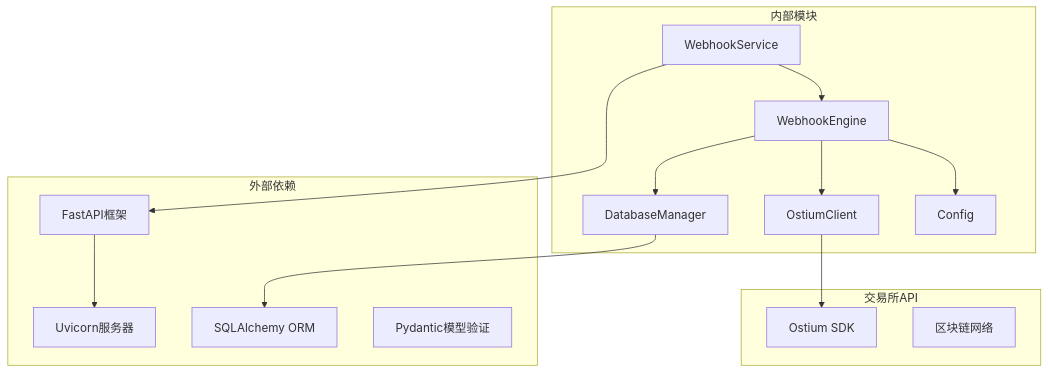
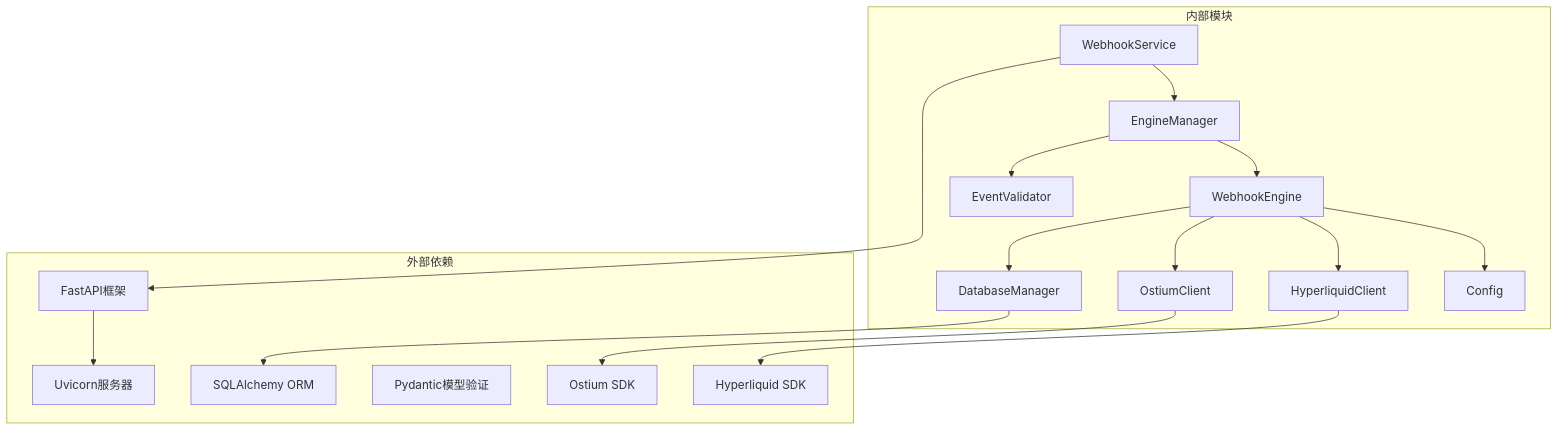
Before and after one commit to zyf266/ending: the seventh of 7 diagrams in .qoder/repowiki/zh/content/核心模块详解/交易引擎/Webhook交易引擎.md, drawn with Mermaid. The commit also changed other lines of this file and 63 other files, not shown here.

````diff
--- a/.qoder/repowiki/zh/content/核心模块详解/交易引擎/Webhook交易引擎.md
+++ b/.qoder/repowiki/zh/content/核心模块详解/交易引擎/Webhook交易引擎.md
@@ -291,28 +439,33 @@
 ```mermaid
 graph TB
 subgraph "外部依赖"
 FASTAPI[FastAPI框架]
 UVICORN[Uvicorn服务器]
 SQLALCHEMY[SQLAlchemy ORM]
 PYDANTIC[Pydantic模型验证]
+OSTIUM_SDK[Ostium SDK]
+HYPERLIQUID_SDK[Hyperliquid SDK]
 end
 subgraph "内部模块"
 WEBHOOK_SERVICE[WebhookService]
+ENGINE_MANAGER[EngineManager]
 WEBHOOK_ENGINE[WebhookEngine]
 OSTIUM_CLIENT[OstiumClient]
+HYPERLIQUID_CLIENT[HyperliquidClient]
 DATABASE_MANAGER[DatabaseManager]
 CONFIG[Config]
+EVENT_VALIDATOR[EventValidator]
 end
-subgraph "交易所API"
-OSTIUM_SDK[Ostium SDK]
-BLOCKCHAIN[区块链网络]
-end
-WEBHOOK_SERVICE --> WEBHOOK_ENGINE
+WEBHOOK_SERVICE --> ENGINE_MANAGER
+ENGINE_MANAGER --> WEBHOOK_ENGINE
+ENGINE_MANAGER --> EVENT_VALIDATOR
 WEBHOOK_ENGINE --> OSTIUM_CLIENT
+WEBHOOK_ENGINE --> HYPERLIQUID_CLIENT
 WEBHOOK_ENGINE --> DATABASE_MANAGER
 WEBHOOK_ENGINE --> CONFIG
 OSTIUM_CLIENT --> OSTIUM_SDK
+HYPERLIQUID_CLIENT --> HYPERLIQUID_SDK
 DATABASE_MANAGER --> SQLALCHEMY
 WEBHOOK_SERVICE --> FASTAPI
 FASTAPI --> UVICORN
 ```
````
